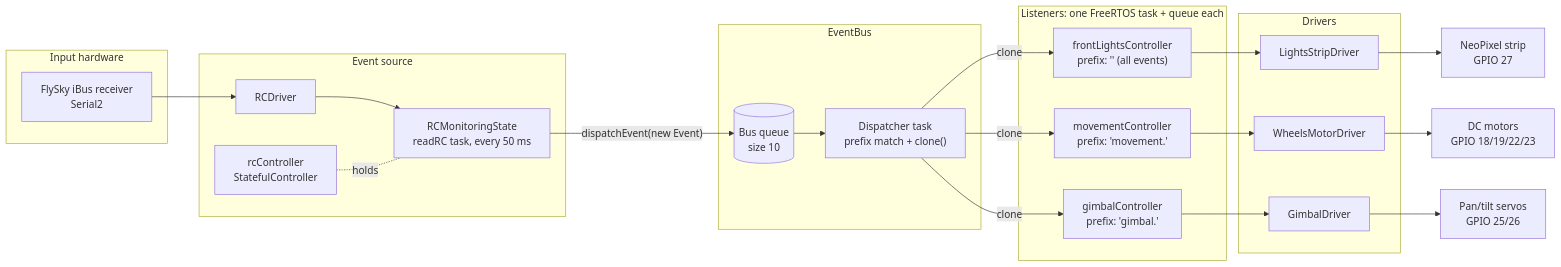
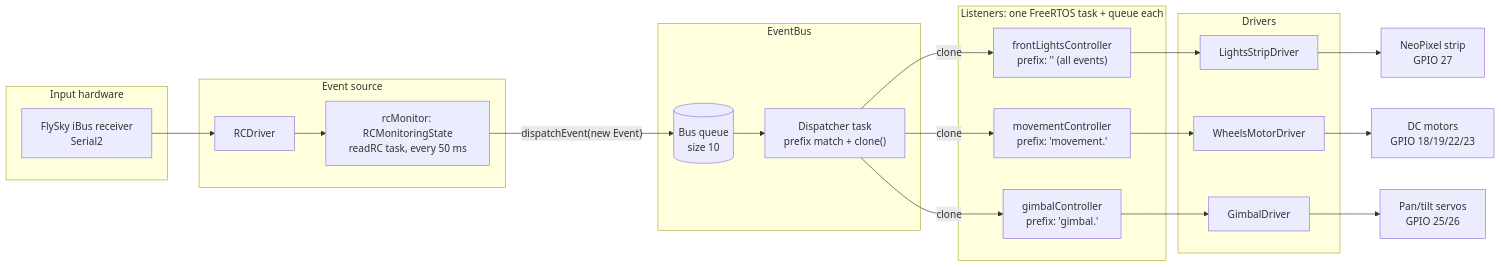
Before and after one commit to werneckpaiva/TankEsp32: the first of 6 diagrams in docs/ARCHITECTURE.md, drawn with Mermaid. The commit also changed other lines of this file and 2 other files, not shown here.

First line of the commit message:
Drop the unused rcController wrapper around RCMonitoringState

````diff
--- a/docs/ARCHITECTURE.md
+++ b/docs/ARCHITECTURE.md
@@ -11,43 +11,41 @@
 ```mermaid
 flowchart LR
     subgraph HW_IN[Input hardware]
         RX[FlySky iBus receiver<br/>Serial2]
     end
 
     subgraph SOURCE[Event source]
         RCD[RCDriver]
-        RCS["RCMonitoringState<br/>readRC task, every 50 ms"]
-        RCC[rcController<br/>StatefulController]
+        RCS["rcMonitor: RCMonitoringState<br/>readRC task, every 50 ms"]
         RX --> RCD --> RCS
-        RCC -. holds .- RCS
     end
 
     subgraph BUS[EventBus]
         Q[(Bus queue<br/>size 10)]
         DISP["Dispatcher task<br/>prefix match + clone()"]
         Q --> DISP
     end
 
     RCS -- "dispatchEvent(new Event)" --> Q
 
     subgraph CONSUMERS[Listeners: one FreeRTOS task + queue each]
         FLC["frontLightsController<br/>prefix: '' (all events)"]
         MC["movementController<br/>prefix: 'movement.'"]
         GC["gimbalController<br/>prefix: 'gimbal.'"]
     end
 
     DISP -- clone --> FLC
     DISP -- clone --> MC
     DISP -- clone --> GC
 
     subgraph DRIVERS[Drivers]
         LSD[LightsStripDriver]
         WMD[WheelsMotorDriver]
         GD[GimbalDriver]
     end
 
     FLC --> LSD --> LED[NeoPixel strip<br/>GPIO 27]
     MC --> WMD --> MOT[DC motors<br/>GPIO 18/19/22/23]
     GC --> GD --> SRV[Pan/tilt servos<br/>GPIO 25/26]
 
 ```
````
